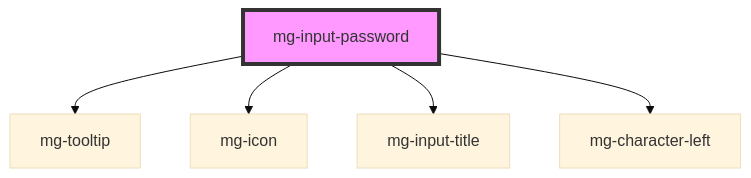
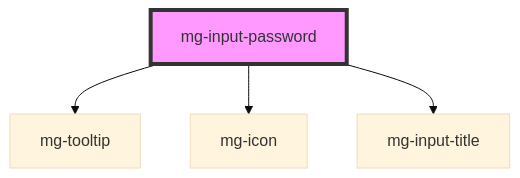
Before and after one commit to MGDIS/mg-components: the diagram in src/components/molecules/inputs/mg-input-password/readme.md, drawn with Mermaid (base theme). The commit also changed other lines of this file and 97 other files, not shown here.

````diff
--- a/src/components/molecules/inputs/mg-input-password/readme.md
+++ b/src/components/molecules/inputs/mg-input-password/readme.md
@@ -60,8 +59,7 @@
 ```mermaid
 graph TD;
   mg-input-password --> mg-tooltip
   mg-input-password --> mg-icon
   mg-input-password --> mg-input-title
-  mg-input-password --> mg-character-left
   style mg-input-password fill:#f9f,stroke:#333,stroke-width:4px
 ```
````
